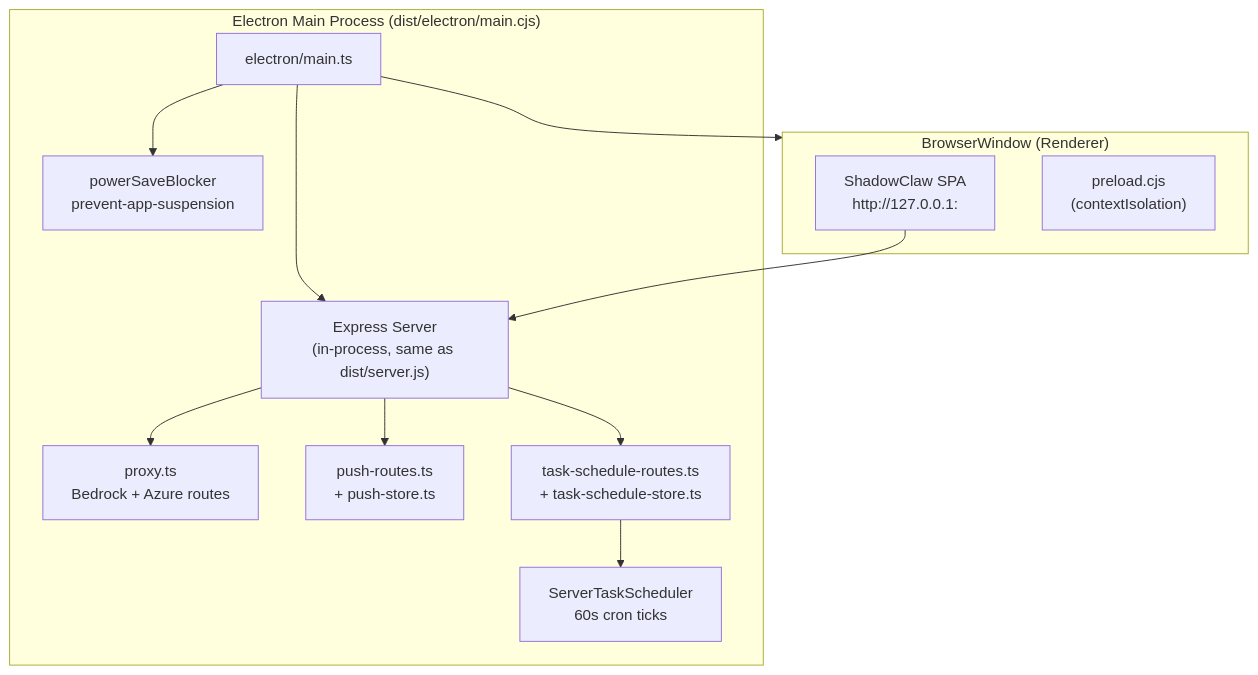
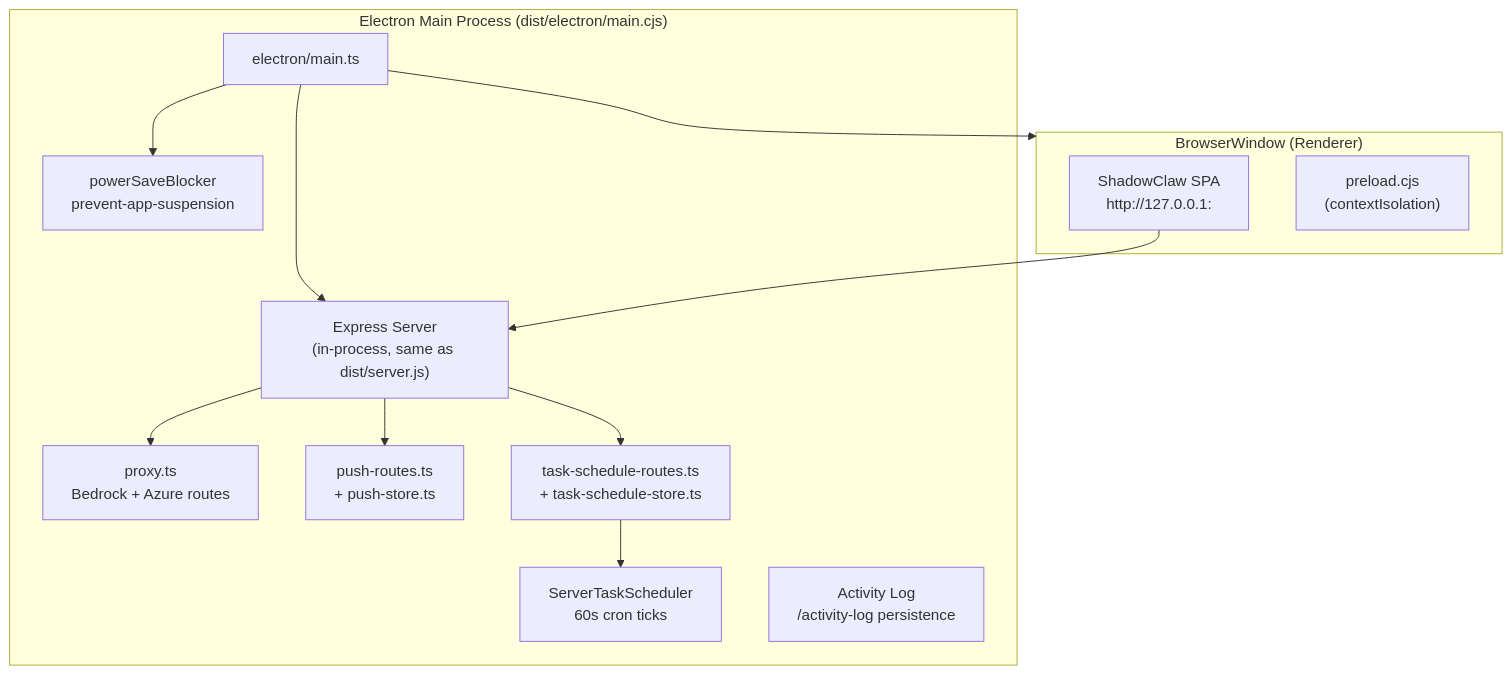
Before and after one commit to xt-ml/shadow-claw: the diagram in docs/subsystems/electron.md, drawn with Mermaid. The commit also changed other lines of this file and 57 other files, not shown here.

````diff
--- a/docs/subsystems/electron.md
+++ b/docs/subsystems/electron.md
@@ -23,26 +23,27 @@
 ```mermaid
 graph TD
   subgraph Electron ["Electron Main Process (dist/electron/main.cjs)"]
     Main["electron/main.ts"]
     Express["Express Server<br>(in-process, same as dist/server.js)"]
     Proxy["proxy.ts<br>Bedrock + Azure routes"]
     Push["push-routes.ts<br>+ push-store.ts"]
     Tasks["task-schedule-routes.ts<br>+ task-schedule-store.ts"]
     Scheduler["ServerTaskScheduler<br>60s cron ticks"]
+    AL["Activity Log<br>/activity-log persistence"]
     PSB["powerSaveBlocker<br>prevent-app-suspension"]
   end
 
   subgraph Renderer ["BrowserWindow (Renderer)"]
     App["ShadowClaw SPA<br>http://127.0.0.1:<port>"]
     Preload["preload.cjs<br>(contextIsolation)"]
   end
 
   Main --> Express
   Express --> Proxy
   Express --> Push
   Express --> Tasks
   Tasks --> Scheduler
   Main --> PSB
   Main --> Renderer
   App --> Express
 ```
````
